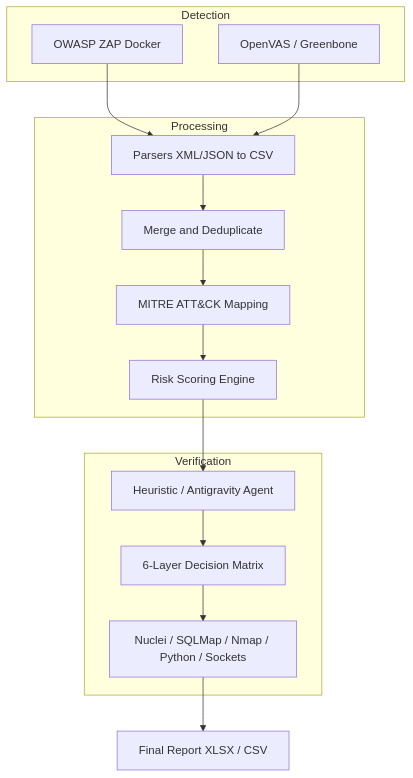
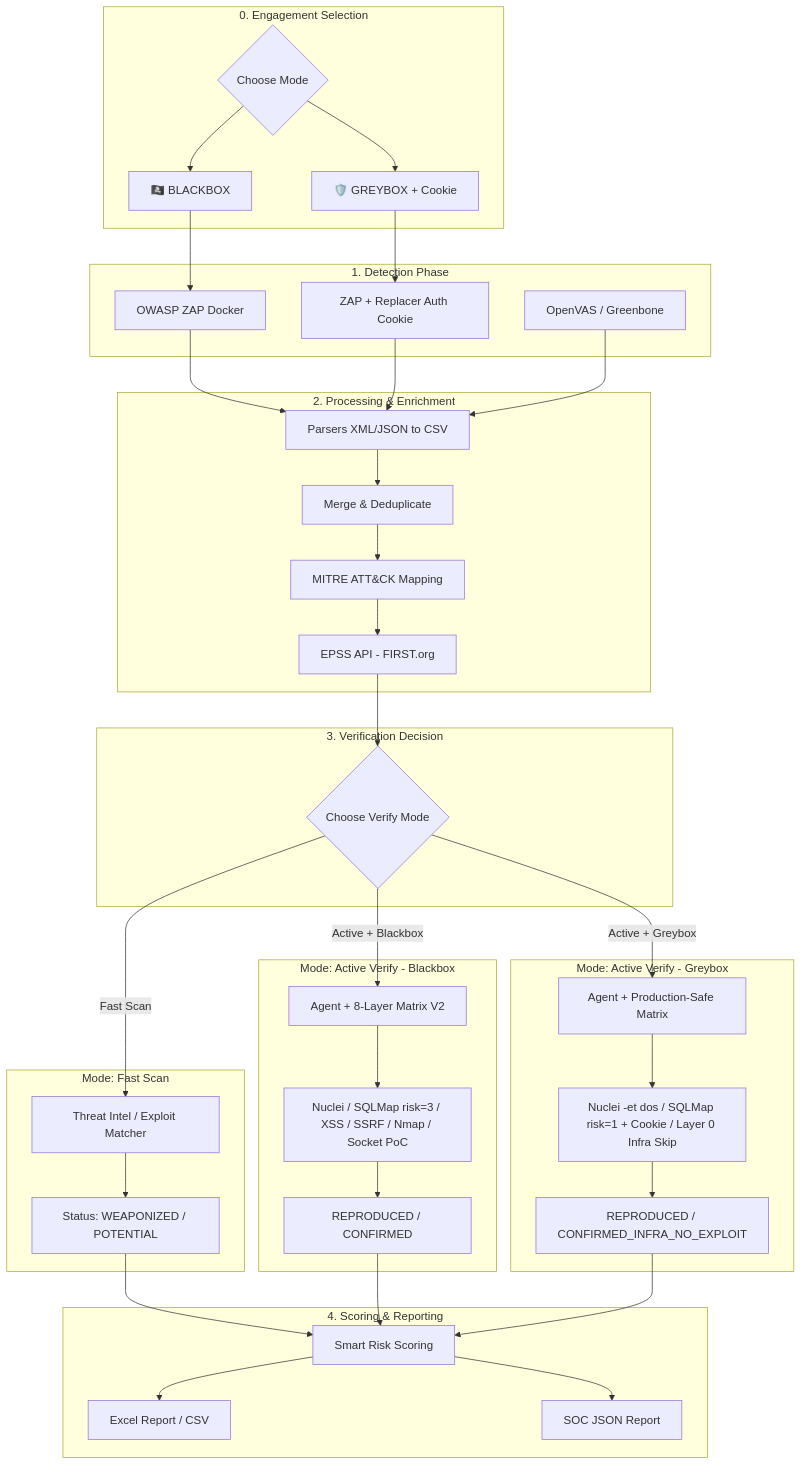
The diagram in docs/README.md (Tc3s/tool-scan-pipeline-security), drawn with Mermaid before and after one commit. The commit also changed other lines of this file and 18 other files, not shown here.

Commit message:
🚀 V2.1 Release: Dynamic Path Architecture, Smart Discovery, & 8-Layer Mapping Update

````diff
--- a/docs/README.md
+++ b/docs/README.md
@@ -78,35 +120,85 @@
 ```mermaid
 graph TD
 
-
-subgraph Detection
-ZAP[OWASP ZAP Docker]
-GVM[OpenVAS / Greenbone]
+subgraph Phase_0_Engagement ["0. Engagement Selection"]
+    MODE{"Choose Mode"}
+    BB["🏴‍☠️ BLACKBOX"]
+    GB["🛡️ GREYBOX + Cookie"]
 end
 
-
-subgraph Processing
-PARSERS[Parsers XML/JSON to CSV]
-MERGE[Merge and Deduplicate]
-MAP[MITRE ATT&CK Mapping]
-SCORE[Risk Scoring Engine]
+subgraph Phase_1_Detection ["1. Detection Phase"]
+    ZAP["OWASP ZAP Docker"]
+    ZAP_AUTH["ZAP + Replacer Auth Cookie"]
+    GVM["OpenVAS / Greenbone"]
 end
 
-
-subgraph Verification
-AGENT[Heuristic / Antigravity Agent]
-DECISION[6-Layer Decision Matrix]
-TOOLS[Nuclei / SQLMap / Nmap / Python / Sockets]
+subgraph Phase_2_Processing ["2. Processing & Enrichment"]
+    PARSERS["Parsers XML/JSON to CSV"]
+    MERGE["Merge & Deduplicate"]
+    MAP["MITRE ATT&CK Mapping"]
+    EPSS["EPSS API - FIRST.org"]
 end
 
+subgraph Phase_3_Decision ["3. Verification Decision"]
+    CHOICE{"Choose Verify Mode"}
+end
 
+subgraph Mode_Fast ["Mode: Fast Scan"]
+    EXPLOIT["Threat Intel / Exploit Matcher"]
+    FS_OUT["Status: WEAPONIZED / POTENTIAL"]
+end
+
+subgraph Mode_Active_BB ["Mode: Active Verify - Blackbox"]
+    AGENT_BB["Agent + 8-Layer Matrix V2"]
+    TOOLS_BB["Nuclei / SQLMap risk=3 / XSS / SSRF / Nmap / Socket PoC"]
+    AV_BB_OUT["REPRODUCED / CONFIRMED"]
+end
+
+subgraph Mode_Active_GB ["Mode: Active Verify - Greybox"]
+    AGENT_GB["Agent + Production-Safe Matrix"]
+    TOOLS_GB["Nuclei -et dos / SQLMap risk=1 + Cookie / Layer 0 Infra Skip"]
+    AV_GB_OUT["REPRODUCED / CONFIRMED_INFRA_NO_EXPLOIT"]
+end
+
+subgraph Phase_4_Reporting ["4. Scoring & Reporting"]
+    SCORE["Smart Risk Scoring"]
+    EXCEL["Excel Report / CSV"]
+    SOC["SOC JSON Report"]
+end
+
+%% Luồng Engagement
+MODE --> BB
+MODE --> GB
+BB --> ZAP
+GB --> ZAP_AUTH
 ZAP --> PARSERS
+ZAP_AUTH --> PARSERS
 GVM --> PARSERS
+
+%% Processing
 PARSERS --> MERGE
 MERGE --> MAP
-MAP --> SCORE
-SCORE --> AGENT
-AGENT --> DECISION
-DECISION --> TOOLS
-TOOLS --> REPORT[Final Report XLSX / CSV]
+MAP --> EPSS
+EPSS --> CHOICE
+
+%% Fast Scan
+CHOICE -- "Fast Scan" --> EXPLOIT
+EXPLOIT --> FS_OUT
+FS_OUT --> SCORE
+
+%% Active - Blackbox
+CHOICE -- "Active + Blackbox" --> AGENT_BB
+AGENT_BB --> TOOLS_BB
+TOOLS_BB --> AV_BB_OUT
+AV_BB_OUT --> SCORE
+
+%% Active - Greybox
+CHOICE -- "Active + Greybox" --> AGENT_GB
+AGENT_GB --> TOOLS_GB
+TOOLS_GB --> AV_GB_OUT
+AV_GB_OUT --> SCORE
+
+%% Reporting
+SCORE --> EXCEL
+SCORE --> SOC
 ```
````
